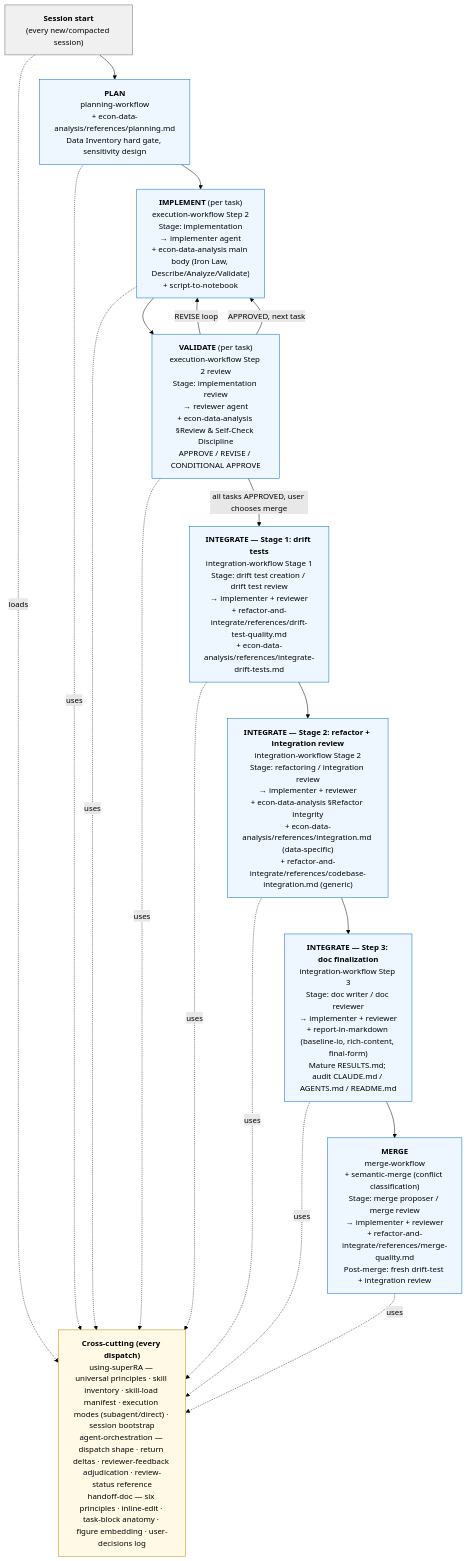
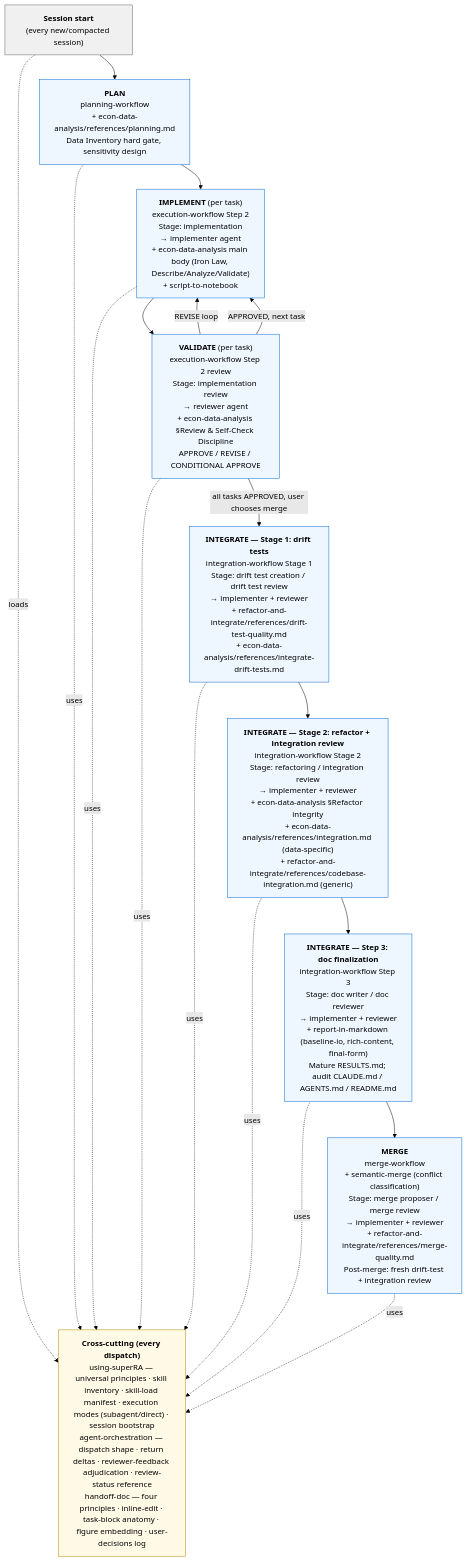
Before and after one commit to FuZhiyu/superRA: the diagram in README.md, drawn with Mermaid (forest theme). The commit also changed 1 other file, not shown here.

Commit message:
fix(round 3): sweep missed 'six principles' → 'four principles'
Reviewer MINOR findings on Task 18:

- README.md:76 Mermaid CROSS node: 'handoff-doc — six principles' →
  'four principles'. This mermaid-diagram site was missed in the Task
  18 pass even though README.md was in scope; only the skill-inventory
  table at L159 was updated.
- skills/planning-workflow/SKILL.md:87: 'the six principles, inline-edit
  rule, ... load superRA:handoff-doc' → 'the four principles, ...'. This
  file was not in the Task 18 sweep list but carries a live-prose
  reference that tracks the current principle count.

Grep across live surface (agents/, skills/, README.md) now returns
zero hits for 'six principles'. Remaining hits are in historical
records (PLAN.md / RELEASE-NOTES.md / RESULTS.md) describing the
retirement action, same exclusion logic as invariant #21.

````diff
--- a/README.md
+++ b/README.md
@@ -49,45 +49,45 @@
 ```mermaid
 flowchart TB
     SESSION["<b>Session start</b><br/>(every new/compacted session)"]
     SESSION --> PLAN
 
     PLAN["<b>PLAN</b><br/>planning-workflow<br/>+ econ-data-analysis/references/planning.md<br/>Data Inventory hard gate, sensitivity design"]
     PLAN --> IMPL
 
     IMPL["<b>IMPLEMENT</b> (per task)<br/>execution-workflow Step 2<br/>Stage: implementation<br/>→ implementer agent<br/>+ econ-data-analysis main body (Iron Law, Describe/Analyze/Validate)<br/>+ script-to-notebook"]
     IMPL --> VAL
 
     VAL["<b>VALIDATE</b> (per task)<br/>execution-workflow Step 2 review<br/>Stage: implementation review<br/>→ reviewer agent<br/>+ econ-data-analysis §Review &amp; Self-Check Discipline<br/>APPROVE / REVISE / CONDITIONAL APPROVE"]
     VAL -->|REVISE loop| IMPL
     VAL -->|APPROVED, next task| IMPL
     VAL -->|all tasks APPROVED, user chooses merge| INT1
 
     INT1["<b>INTEGRATE — Stage 1: drift tests</b><br/>integration-workflow Stage 1<br/>Stage: drift test creation / drift test review<br/>→ implementer + reviewer<br/>+ refactor-and-integrate/references/drift-test-quality.md<br/>+ econ-data-analysis/references/integrate-drift-tests.md"]
     INT1 --> INT2
 
     INT2["<b>INTEGRATE — Stage 2: refactor + integration review</b><br/>integration-workflow Stage 2<br/>Stage: refactoring / integration review<br/>→ implementer + reviewer<br/>+ econ-data-analysis §Refactor integrity<br/>+ econ-data-analysis/references/integration.md (data-specific)<br/>+ refactor-and-integrate/references/codebase-integration.md (generic)"]
     INT2 --> INT3
 
     INT3["<b>INTEGRATE — Step 3: doc finalization</b><br/>integration-workflow Step 3<br/>Stage: doc writer / doc reviewer<br/>→ implementer + reviewer<br/>+ report-in-markdown (baseline-io, rich-content, final-form)<br/>Mature RESULTS.md; audit CLAUDE.md / AGENTS.md / README.md"]
     INT3 --> MERGE
 
     MERGE["<b>MERGE</b><br/>merge-workflow<br/>+ semantic-merge (conflict classification)<br/>Stage: merge proposer / merge review<br/>→ implementer + reviewer<br/>+ refactor-and-integrate/references/merge-quality.md<br/>Post-merge: fresh drift-test + integration review"]
 
-    CROSS["<b>Cross-cutting (every dispatch)</b><br/>using-superRA — universal principles · skill inventory · skill-load manifest · execution modes (subagent/direct) · session bootstrap<br/>agent-orchestration — dispatch shape · return deltas · reviewer-feedback adjudication · review-status reference<br/>handoff-doc — six principles · inline-edit · task-block anatomy · figure embedding · user-decisions log"]
+    CROSS["<b>Cross-cutting (every dispatch)</b><br/>using-superRA — universal principles · skill inventory · skill-load manifest · execution modes (subagent/direct) · session bootstrap<br/>agent-orchestration — dispatch shape · return deltas · reviewer-feedback adjudication · review-status reference<br/>handoff-doc — four principles · inline-edit · task-block anatomy · figure embedding · user-decisions log"]
 
     SESSION -.loads.-> CROSS
     PLAN -.uses.-> CROSS
     IMPL -.uses.-> CROSS
     VAL -.uses.-> CROSS
     INT1 -.uses.-> CROSS
     INT2 -.uses.-> CROSS
     INT3 -.uses.-> CROSS
     MERGE -.uses.-> CROSS
 
     classDef phase fill:#eef7ff,stroke:#0366d6,stroke-width:1px,color:#000
     classDef cross fill:#fff9e6,stroke:#b58900,stroke-width:1px,color:#000
     classDef session fill:#f0f0f0,stroke:#666,color:#000
     class PLAN,IMPL,VAL,INT1,INT2,INT3,MERGE phase
     class CROSS cross
     class SESSION session
 ```
````
